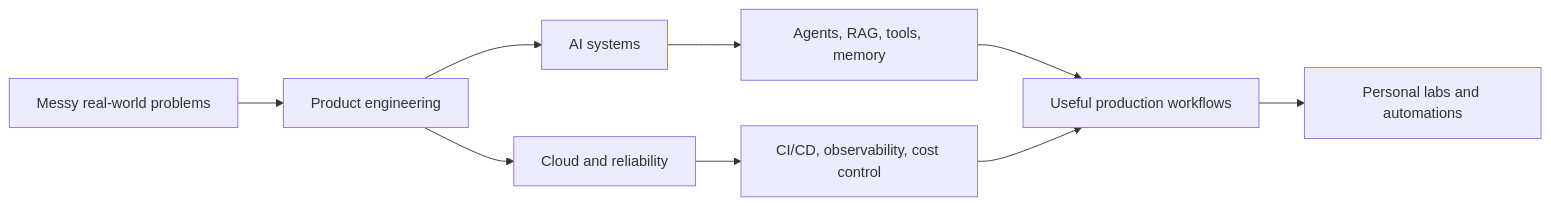
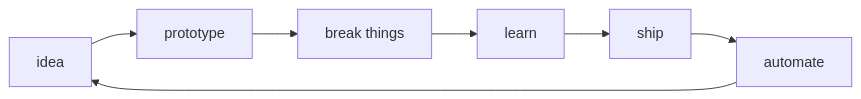
Before and after one commit to MarcosAniCury/MarcosAniCury: the diagram in README.md, drawn with Mermaid. The commit also changed other lines of this file, not shown here.

````diff
--- a/README.md
+++ b/README.md
@@ -175,11 +174,9 @@
 ```mermaid
 flowchart LR
-    A["Messy real-world problems"] --> B["Product engineering"]
-    B --> C["AI systems"]
-    B --> D["Cloud and reliability"]
-    C --> E["Agents, RAG, tools, memory"]
-    D --> F["CI/CD, observability, cost control"]
-    E --> G["Useful production workflows"]
-    F --> G
-    G --> H["Personal labs and automations"]
+    A["idea"] --> B["prototype"]
+    B --> C["break things"]
+    C --> D["learn"]
+    D --> E["ship"]
+    E --> F["automate"]
+    F --> A
 ```
````
